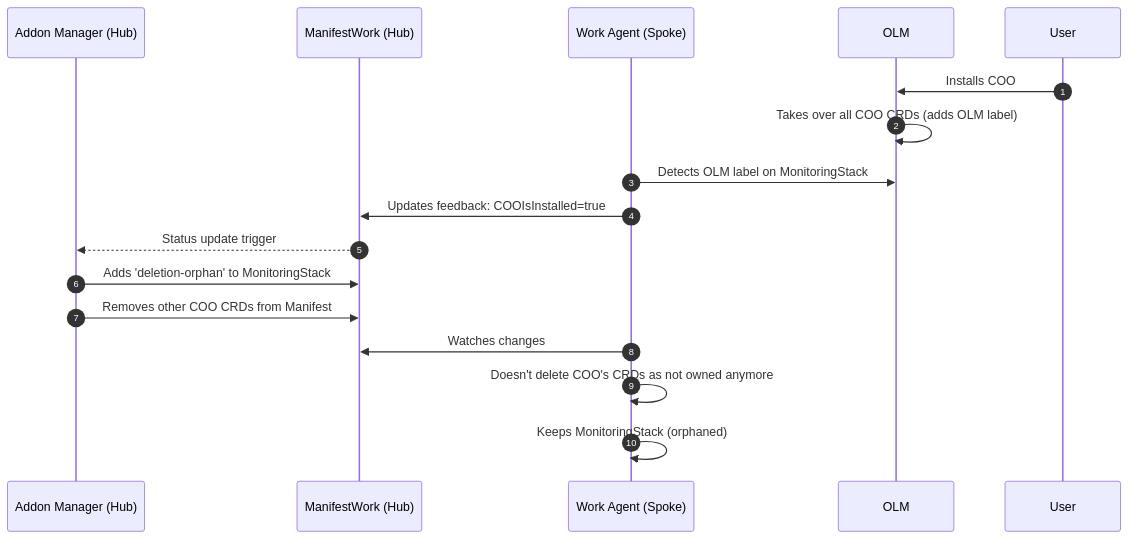
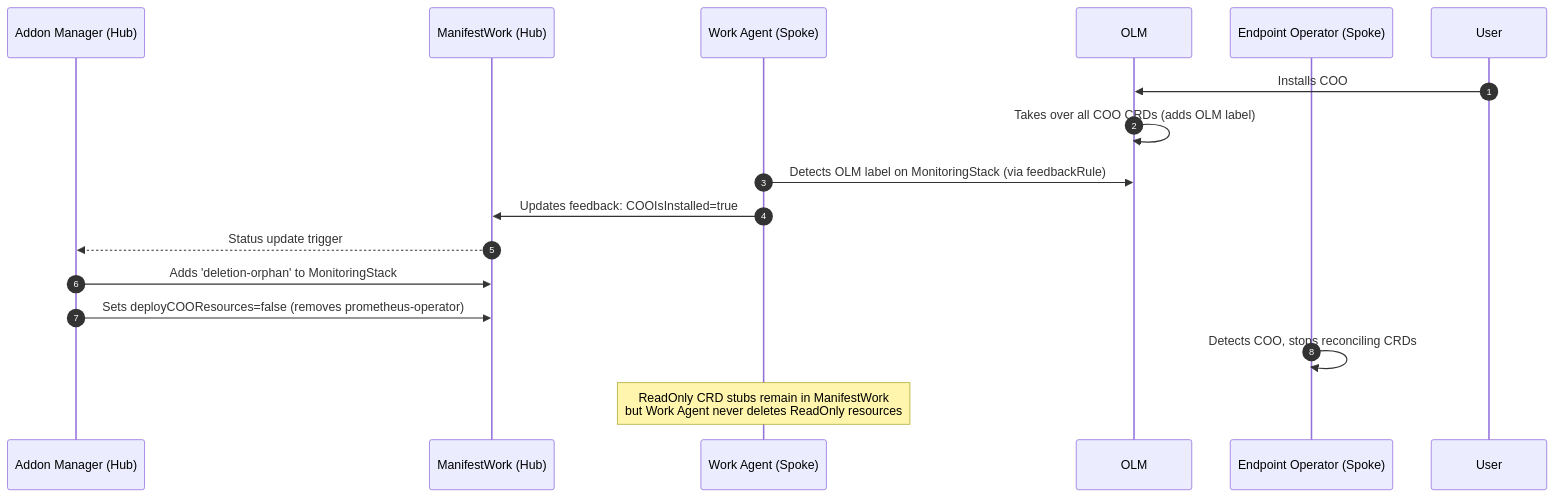
One commit to stolostron/multicluster-observability-addon changed the second of 3 diagrams in internal/metrics/README.md. Above: the diagram before and after it, drawn with Mermaid. The commit also changed other lines of this file and 13 other files, not shown here.

````diff
--- a/internal/metrics/README.md
+++ b/internal/metrics/README.md
@@ -85,20 +116,20 @@
 ```mermaid
 sequenceDiagram
     autonumber
     participant AddonManager as Addon Manager (Hub)
     participant ManifestWork as ManifestWork (Hub)
     participant WorkAgent as Work Agent (Spoke)
     participant OLM
+    participant EndpointOp as Endpoint Operator (Spoke)
     participant User
 
     User->>OLM: Installs COO
     OLM->>OLM: Takes over all COO CRDs (adds OLM label)
-    WorkAgent->>OLM: Detects OLM label on MonitoringStack
+    WorkAgent->>OLM: Detects OLM label on MonitoringStack (via feedbackRule)
     WorkAgent->>ManifestWork: Updates feedback: COOIsInstalled=true
     ManifestWork-->>AddonManager: Status update trigger
     AddonManager->>ManifestWork: Adds 'deletion-orphan' to MonitoringStack
-    AddonManager->>ManifestWork: Removes other COO CRDs from Manifest
-    WorkAgent->>ManifestWork: Watches changes
-    WorkAgent->>WorkAgent: Doesn't delete COO's CRDs as not owned anymore
-    WorkAgent->>WorkAgent: Keeps MonitoringStack (orphaned)
+    AddonManager->>ManifestWork: Sets deployCOOResources=false (removes prometheus-operator)
+    EndpointOp->>EndpointOp: Detects COO, stops reconciling CRDs
+    Note over WorkAgent: ReadOnly CRD stubs remain in ManifestWork<br/>but Work Agent never deletes ReadOnly resources
 ```
````
